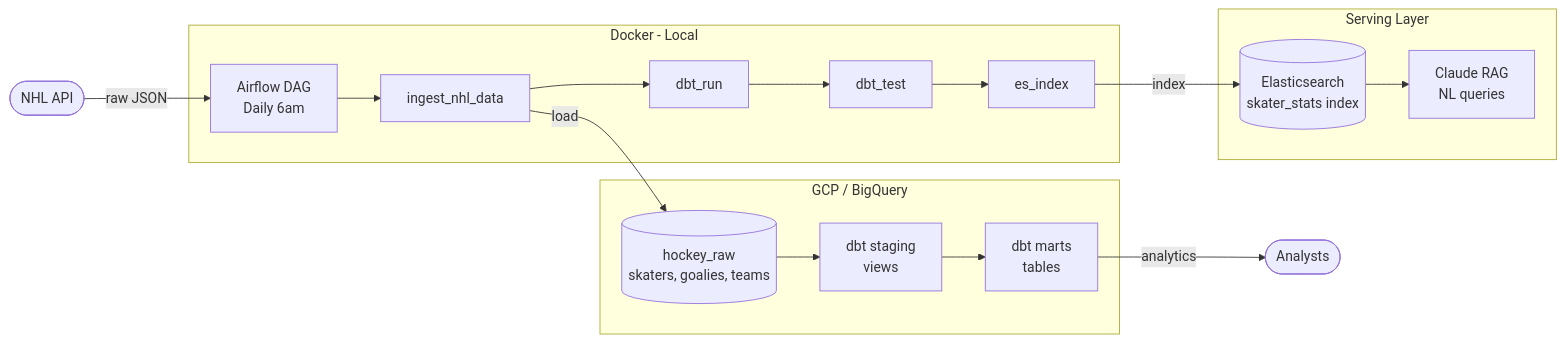
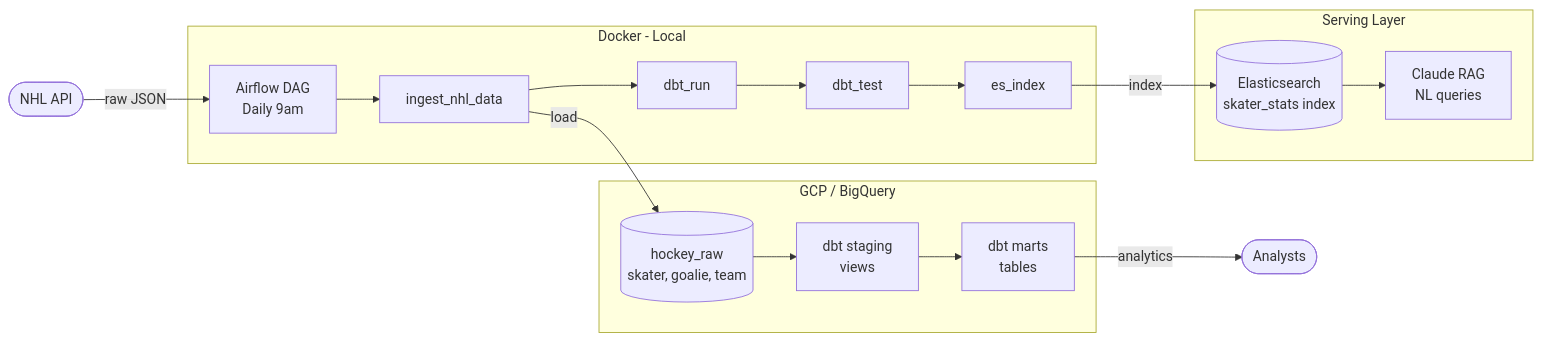
The diagram in README.md (slansford/hockey-pipeline), drawn with Mermaid before and after one commit. The commit also changed other lines of this file and 15 other files, not shown here.

Commit message:
Refactored Airflow DAG to use TaskFlow, refactored ingestion, Elasticsearch, and RAG model scripts, and refactored dbt model definitions

````diff
--- a/README.md
+++ b/README.md
@@ -9,30 +9,30 @@
 ```mermaid
 flowchart LR
     A([NHL API]) -->|raw JSON| B
 
     subgraph Docker [Docker - Local]
-        B[Airflow DAG\nDaily 6am]
+        B[Airflow DAG\nDaily 9am]
         B --> T1[ingest_nhl_data]
         T1 --> T2[dbt_run]
         T2 --> T3[dbt_test]
         T3 --> T4[es_index]
     end
 
     subgraph GCP [GCP / BigQuery]
-        RAW[(hockey_raw\nskaters, goalies, teams)]
+        RAW[(hockey_raw\nskater, goalie, team)]
         STG[dbt staging\nviews]
         MART[dbt marts\ntables]
     end
 
     subgraph Serving [Serving Layer]
         ES[(Elasticsearch\nskater_stats index)]
         RAG[Claude RAG\nNL queries]
     end
 
     T1 -->|load| RAW
     RAW --> STG
     STG --> MART
     T4 -->|index| ES
     ES --> RAG
     MART -->|analytics| ANA([Analysts])
 ```
````
